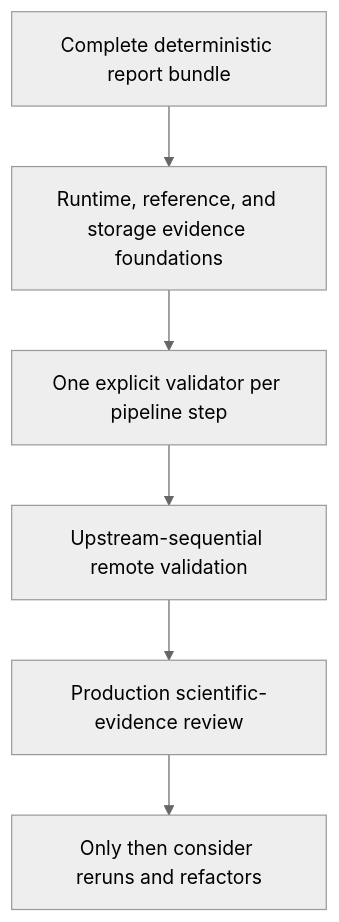
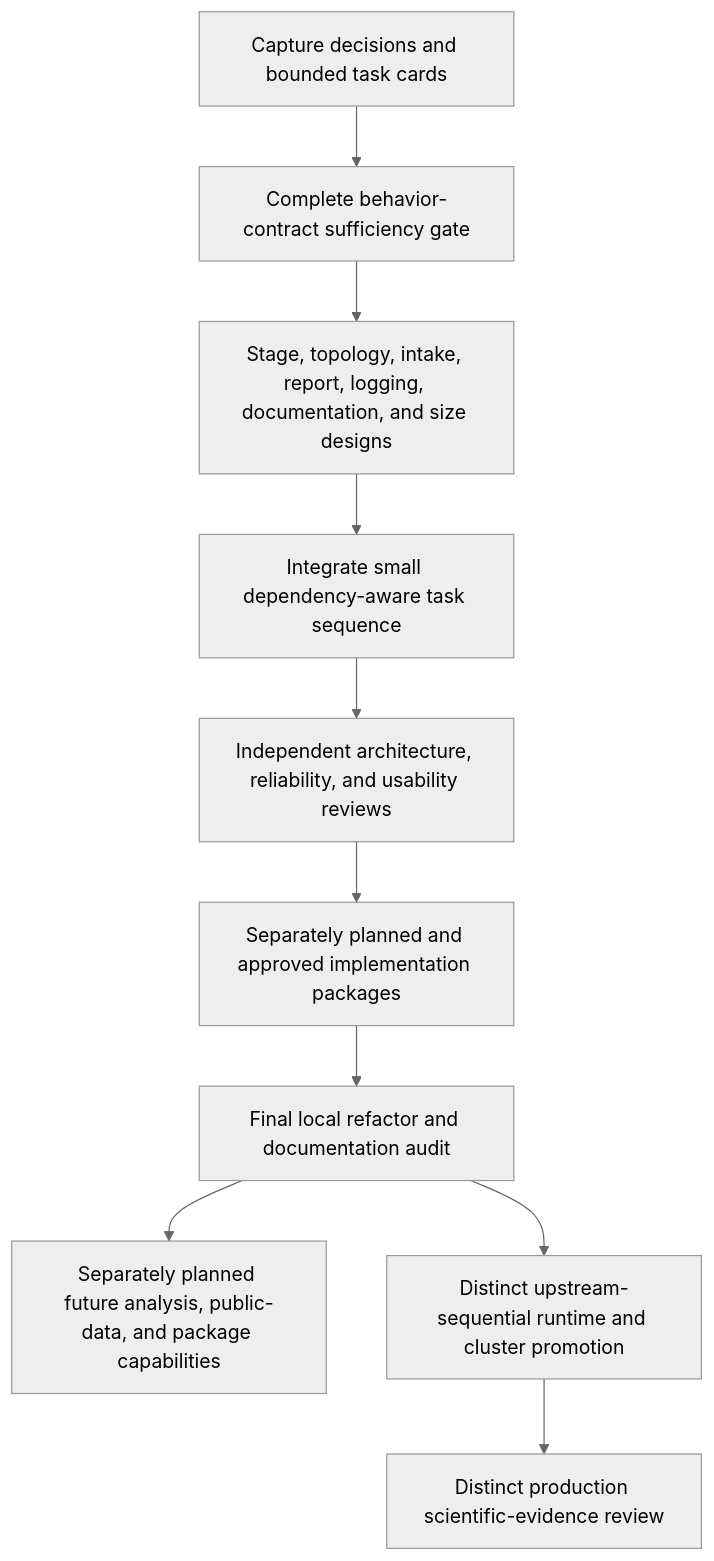
The diagram in docs/architecture/diagrams/future_roadmap_sequence.mmd (lab-cats/EMRYS), drawn with Mermaid (neutral theme) before and after one commit. The commit also changed 62 other files, not shown here.

Commit message:
docs: capture architecture direction and task registry

```diff
--- a/docs/architecture/diagrams/future_roadmap_sequence.mmd
+++ b/docs/architecture/diagrams/future_roadmap_sequence.mmd
@@ -1,6 +1,10 @@
 flowchart TB
-    reports["Complete deterministic report bundle"] --> foundations["Runtime, reference, and storage evidence foundations"]
-    foundations --> validators["One explicit validator per pipeline step"]
-    validators --> remote["Upstream-sequential remote validation"]
-    remote --> science["Production scientific-evidence review"]
-    science --> later["Only then consider reruns and refactors"]
+    capture["Capture decisions and bounded task cards"] --> behavior["Complete behavior-contract sufficiency gate"]
+    behavior --> designs["Stage, topology, intake, report, logging, documentation, and size designs"]
+    designs --> integrated["Integrate small dependency-aware task sequence"]
+    integrated --> reviews["Independent architecture, reliability, and usability reviews"]
+    reviews --> packages["Separately planned and approved implementation packages"]
+    packages --> audit["Final local refactor and documentation audit"]
+    audit --> future["Separately planned future analysis, public-data, and package capabilities"]
+    audit --> remote["Distinct upstream-sequential runtime and cluster promotion"]
+    remote --> science["Distinct production scientific-evidence review"]
```
